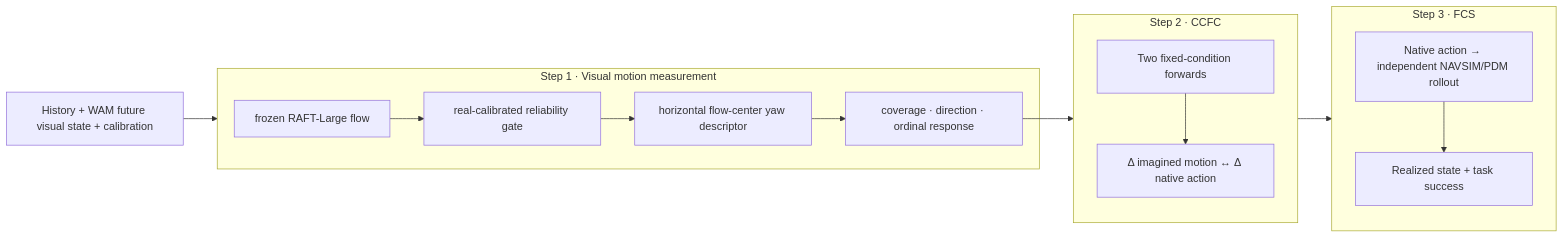
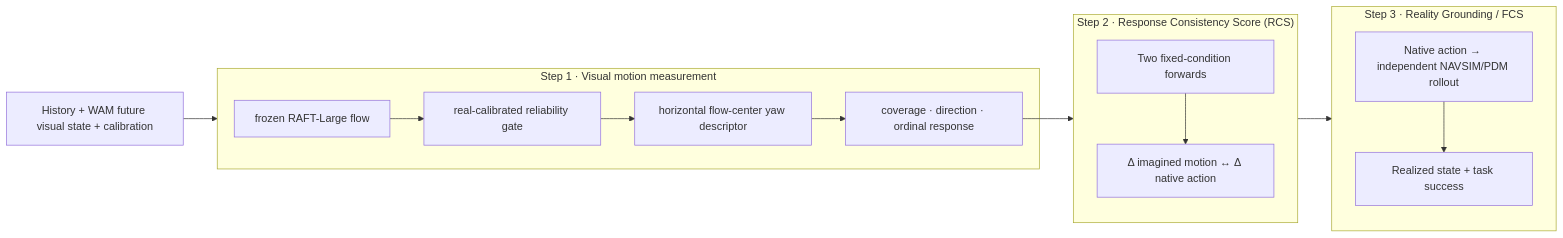
One commit to RiseBun/IAC changed the diagram in README.md. Above: the diagram before and after it, drawn with Mermaid. The commit also changed other lines of this file and 13 other files, not shown here.

````diff
--- a/README.md
+++ b/README.md
@@ -56,17 +59,17 @@
 ```mermaid
 flowchart LR
   I["History + WAM future visual state + calibration"] --> S1
   subgraph S1["Step 1 · Visual motion measurement"]
     S1a["frozen RAFT-Large flow"] --> S1b["real-calibrated reliability gate"]
     S1b --> S1c["horizontal flow-center yaw descriptor"]
     S1c --> S1d["coverage · direction · ordinal response"]
   end
   S1d --> S2
-  subgraph S2["Step 2 · CCFC"]
+  subgraph S2["Step 2 · Response Consistency Score (RCS)"]
     S2a["Two fixed-condition forwards"] --> S2b["Δ imagined motion ↔ Δ native action"]
   end
   S2 --> S3
-  subgraph S3["Step 3 · FCS"]
+  subgraph S3["Step 3 · Reality Grounding / FCS"]
     S3a["Native action → independent NAVSIM/PDM rollout"] --> S3b["Realized state + task success"]
   end
 ```
````
